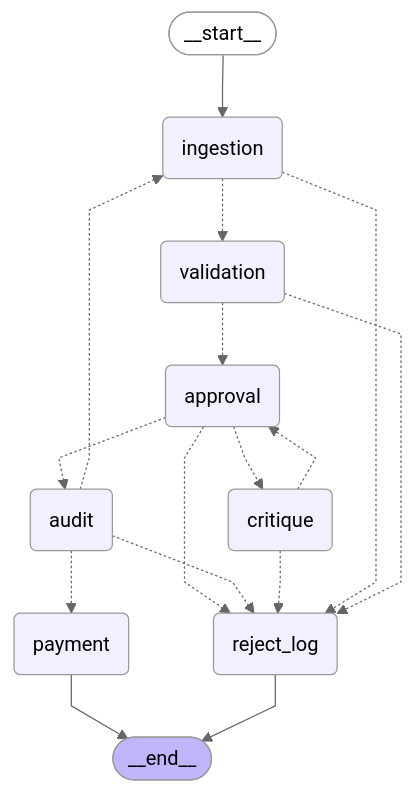
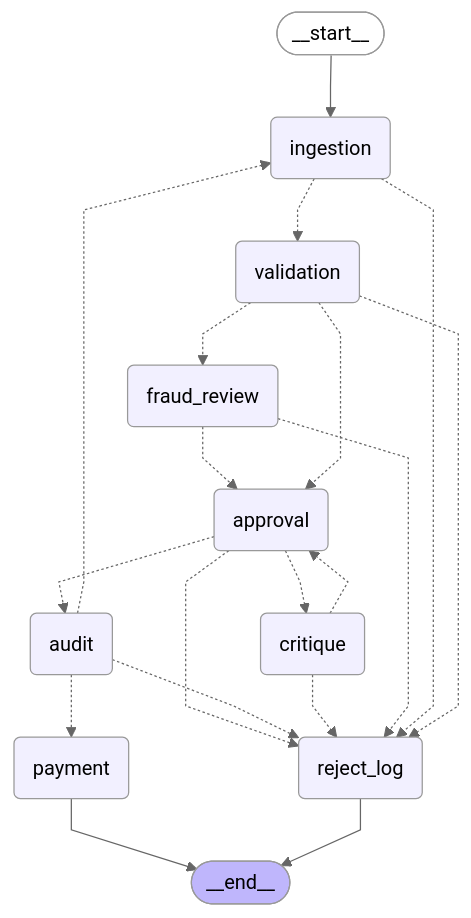
Before and after one commit to timothytracy/galatiq-case-invoices: the diagram in docs/graph.md, drawn with Mermaid (neutral theme). The commit also changed 20 other files, not shown here.

Commit message:
Add a fraud_review node after validation: one reasoning-model call that may add a quoted, code-checked FRAUD_SUSPECTED hold; a failed call is a SYSTEM_ERROR hold.

````diff
--- a/docs/graph.md
+++ b/docs/graph.md
@@ -5,36 +5,40 @@
 ```mermaid
 ---
 config:
   flowchart:
     curve: linear
 ---
 graph TD;
 	__start__([<p>__start__</p>]):::first
 	ingestion(ingestion)
 	validation(validation)
+	fraud_review(fraud_review)
 	approval(approval)
 	critique(critique)
 	audit(audit)
 	payment(payment)
 	reject_log(reject_log)
 	__end__([<p>__end__</p>]):::last
 	__start__ --> ingestion;
 	approval -.-> audit;
 	approval -.-> critique;
 	approval -.-> reject_log;
 	audit -.-> ingestion;
 	audit -.-> payment;
 	audit -.-> reject_log;
 	critique -.-> approval;
 	critique -.-> reject_log;
+	fraud_review -.-> approval;
+	fraud_review -.-> reject_log;
 	ingestion -.-> reject_log;
 	ingestion -.-> validation;
 	validation -.-> approval;
+	validation -.-> fraud_review;
 	validation -.-> reject_log;
 	payment --> __end__;
 	reject_log --> __end__;
 	classDef default fill:#f2f0ff,line-height:1.2
 	classDef first fill-opacity:0
 	classDef last fill:#bfb6fc
 
 ```
````
